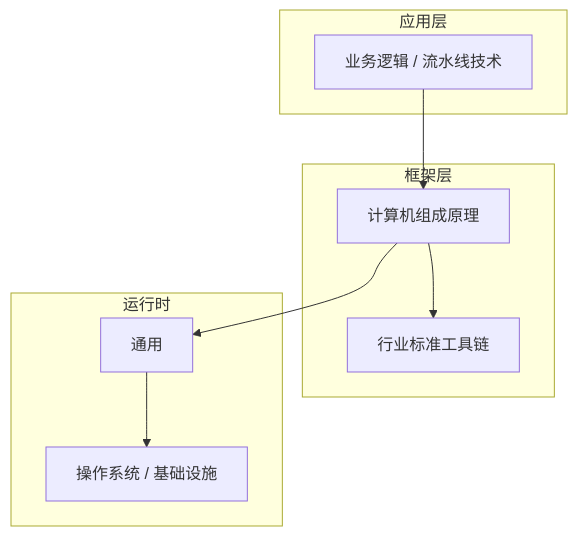
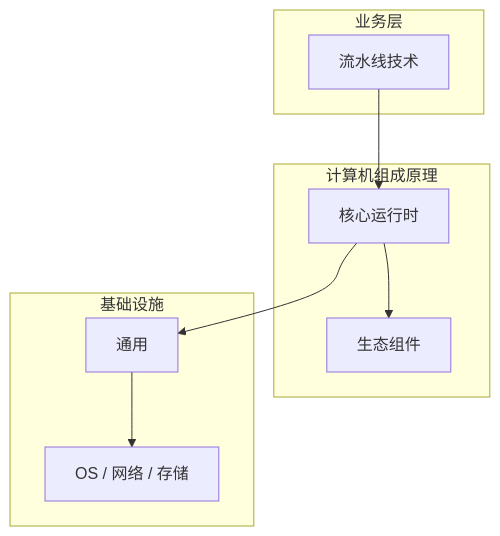
One commit to yanggan2015/knowledge-json-v2 changed the diagram in articles/计算机组成原理/chapters/071-流水线技术核心概念与原理.md. Above: the diagram before and after it, drawn with Mermaid. The commit also changed other lines of this file and 10127 other files, not shown here.

````diff
--- a/articles/计算机组成原理/chapters/071-流水线技术核心概念与原理.md
+++ b/articles/计算机组成原理/chapters/071-流水线技术核心概念与原理.md
@@ -45,18 +34,18 @@
 ```mermaid
 graph TB
-    subgraph 应用层
-        A[业务逻辑 / 流水线技术]
+    subgraph 业务层
+        A[流水线技术]
     end
-    subgraph 框架层
-        B[计算机组成原理]
-        C[行业标准工具链]
+    subgraph 计算机组成原理
+        B[核心运行时]
+        C[生态组件]
     end
-    subgraph 运行时
+    subgraph 基础设施
         D[通用]
-        E[操作系统 / 基础设施]
+        E[OS / 网络 / 存储]
     end
     A --> B
     B --> C
     B --> D
     D --> E
 ```
````
